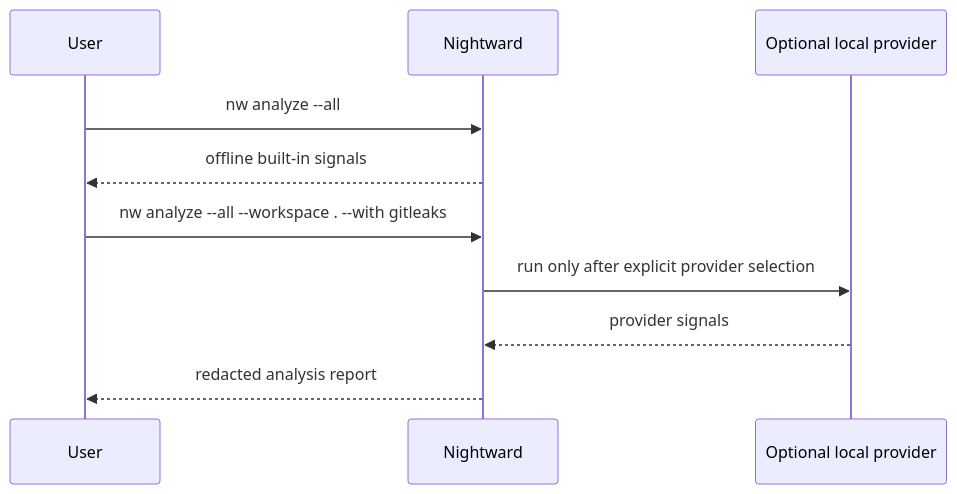
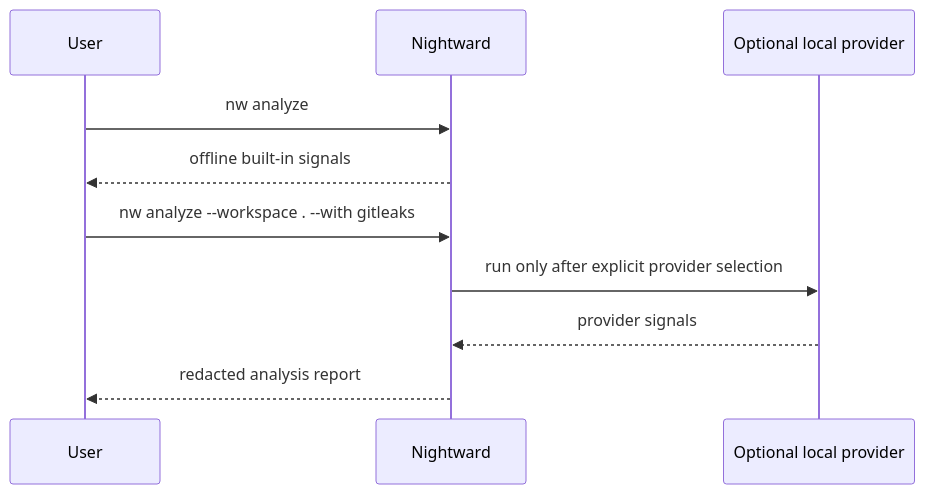
Before and after one commit to JSONbored/nightward: the third of 3 diagrams in README.md, drawn with Mermaid. The commit also changed other lines of this file and 55 other files, not shown here.

````diff
--- a/README.md
+++ b/README.md
@@ -273,12 +285,12 @@
 ```mermaid
 sequenceDiagram
   participant User
   participant Nightward
   participant LocalTool as Optional local provider
-  User->>Nightward: nw analyze --all
+  User->>Nightward: nw analyze
   Nightward-->>User: offline built-in signals
-  User->>Nightward: nw analyze --all --workspace . --with gitleaks
+  User->>Nightward: nw analyze --workspace . --with gitleaks
   Nightward->>LocalTool: run only after explicit provider selection
   LocalTool-->>Nightward: provider signals
   Nightward-->>User: redacted analysis report
 ```
````
